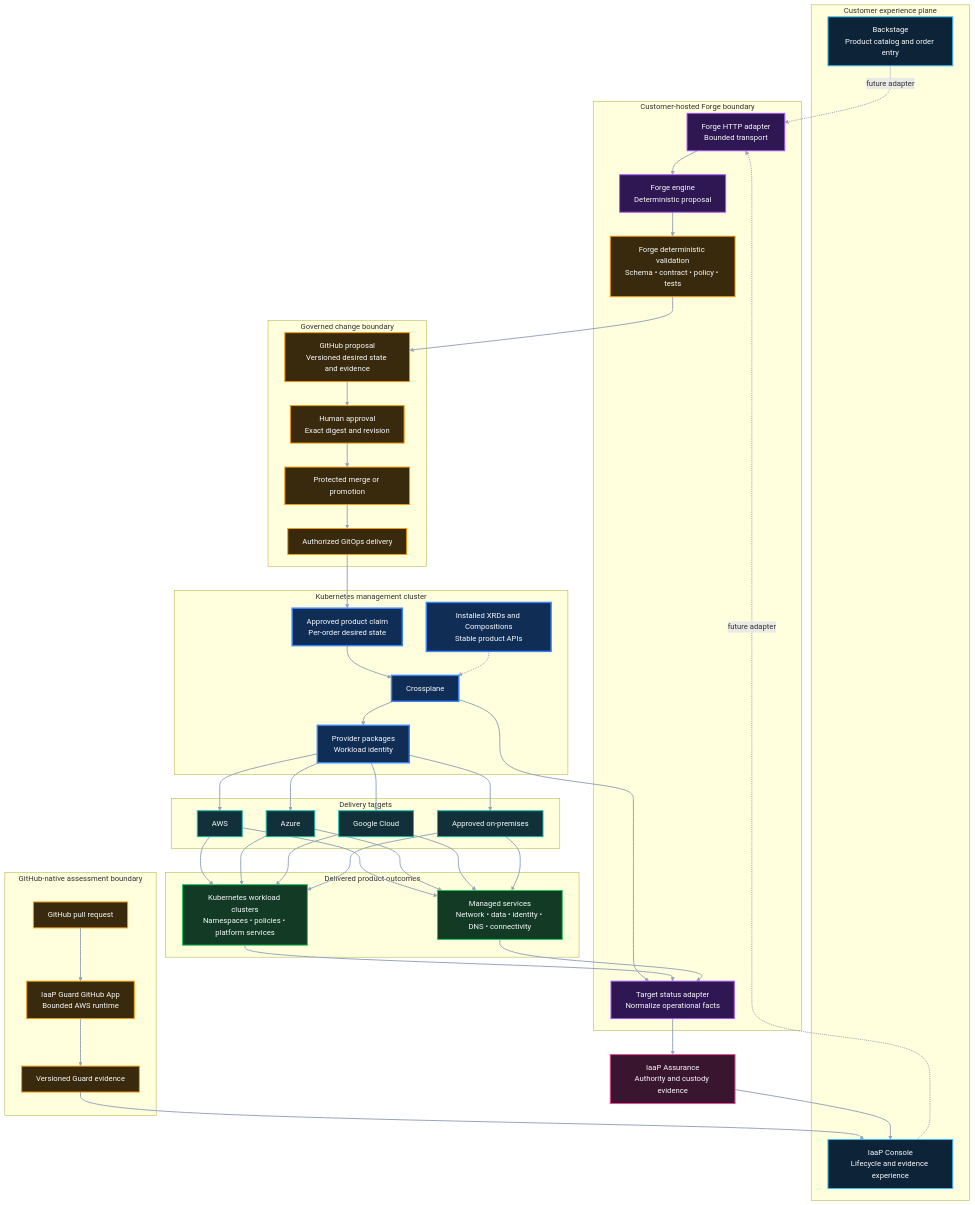
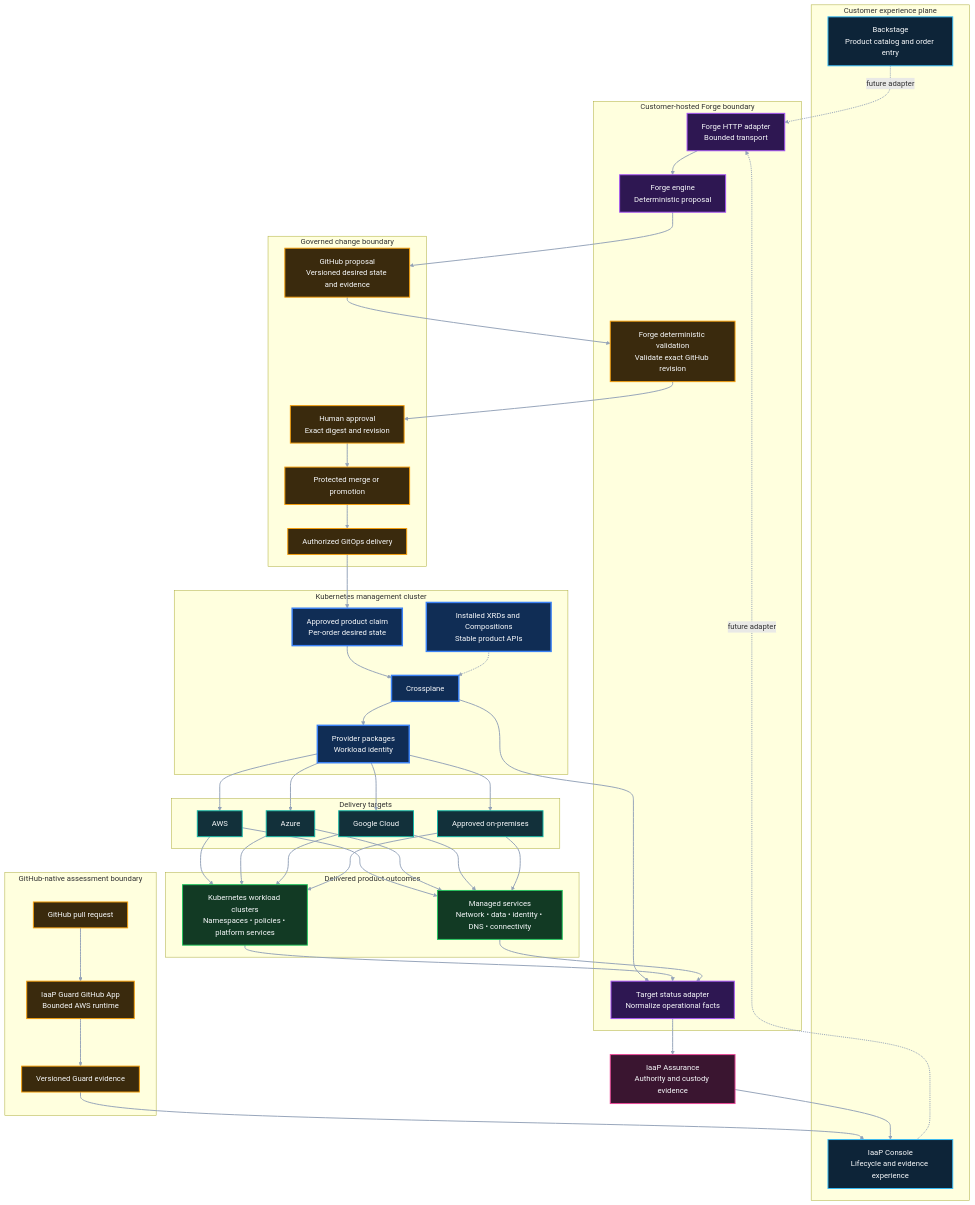
Before and after one commit to InfrastructureProductWorks/ai-powered-infrastructure-as-a-product: the second of 5 diagrams in docs/PRODUCT-ARCHITECTURE.md, drawn with Mermaid. The commit also changed other lines of this file, not shown here.

Commit message:
docs: validate exact GitHub revision before approval

```diff
--- a/docs/PRODUCT-ARCHITECTURE.md
+++ b/docs/PRODUCT-ARCHITECTURE.md
@@ -75,7 +77,7 @@
   subgraph SVC["Customer-hosted Forge boundary"]
     FH["Forge HTTP adapter<br/>Bounded transport"]
     FE["Forge engine<br/>Deterministic proposal"]
-    FV["Forge deterministic validation<br/>Schema • contract • policy • tests"]
+    FV["Forge deterministic validation<br/>Validate exact GitHub revision"]
     FA["Target status adapter<br/>Normalize operational facts"]
   end
 
@@ -113,9 +115,9 @@
   GE --> UI
   UI -. future adapter .-> FH
   FH --> FE
-  FE --> FV
-  FV --> GH
-  GH --> HA
+  FE --> GH
+  GH --> FV
+  FV --> HA
   HA --> PM
   PM --> GC
   GC --> CLAIM
```
